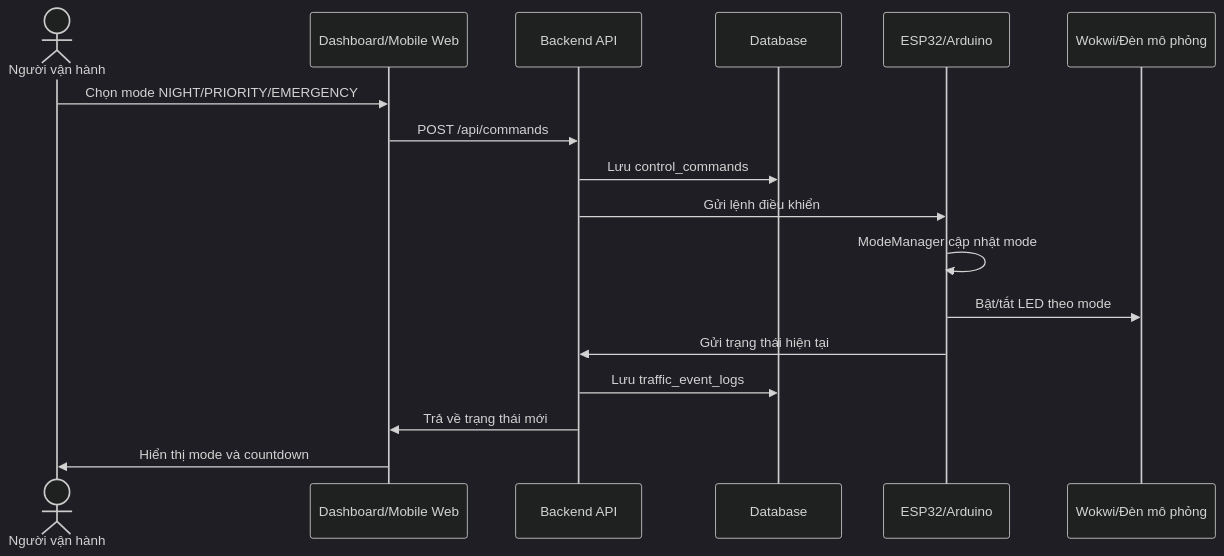
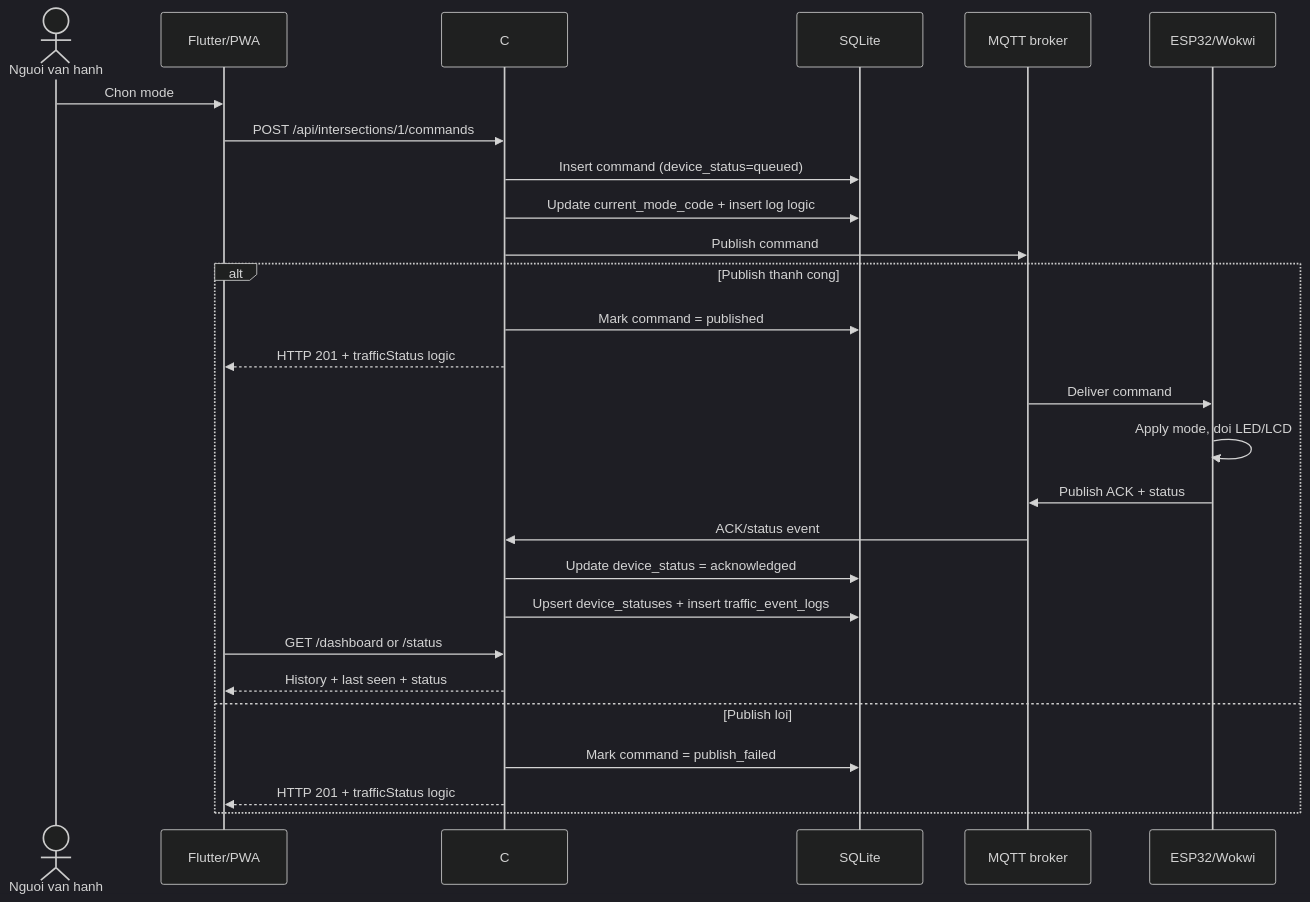
The diagram in assets/diagrams/sequence_command.mmd (xuanhai0913/iot-traffic-light-wokwi), drawn with Mermaid (dark theme) before and after one commit. The commit also changed 51 other files, not shown here.

Commit message:
docs: sync diagrams and add flutter ios target

```diff
--- a/assets/diagrams/sequence_command.mmd
+++ b/assets/diagrams/sequence_command.mmd
@@ -1,18 +1,28 @@
 sequenceDiagram
-    actor User as Người vận hành
-    participant UI as Dashboard/Mobile Web
-    participant API as Backend API
-    participant DB as Database
-    participant Device as ESP32/Arduino
-    participant Sim as Wokwi/Đèn mô phỏng
+    actor User as Nguoi van hanh
+    participant App as Flutter/PWA
+    participant API as C# API
+    participant DB as SQLite
+    participant MQTT as MQTT broker
+    participant Device as ESP32/Wokwi
 
-    User->>UI: Chọn mode NIGHT/PRIORITY/EMERGENCY
-    UI->>API: POST /api/commands
-    API->>DB: Lưu control_commands
-    API->>Device: Gửi lệnh điều khiển
-    Device->>Device: ModeManager cập nhật mode
-    Device->>Sim: Bật/tắt LED theo mode
-    Device->>API: Gửi trạng thái hiện tại
-    API->>DB: Lưu traffic_event_logs
-    API->>UI: Trả về trạng thái mới
-    UI->>User: Hiển thị mode và countdown
+    User->>App: Chon mode
+    App->>API: POST /api/intersections/1/commands
+    API->>DB: Insert command (device_status=queued)
+    API->>DB: Update current_mode_code + insert log logic
+    API->>MQTT: Publish command
+    alt Publish thanh cong
+        API->>DB: Mark command = published
+        API-->>App: HTTP 201 + trafficStatus logic
+        MQTT->>Device: Deliver command
+        Device->>Device: Apply mode, doi LED/LCD
+        Device->>MQTT: Publish ACK + status
+        MQTT->>API: ACK/status event
+        API->>DB: Update device_status = acknowledged
+        API->>DB: Upsert device_statuses + insert traffic_event_logs
+        App->>API: GET /dashboard or /status
+        API-->>App: History + last seen + status
+    else Publish loi
+        API->>DB: Mark command = publish_failed
+        API-->>App: HTTP 201 + trafficStatus logic
+    end
```
